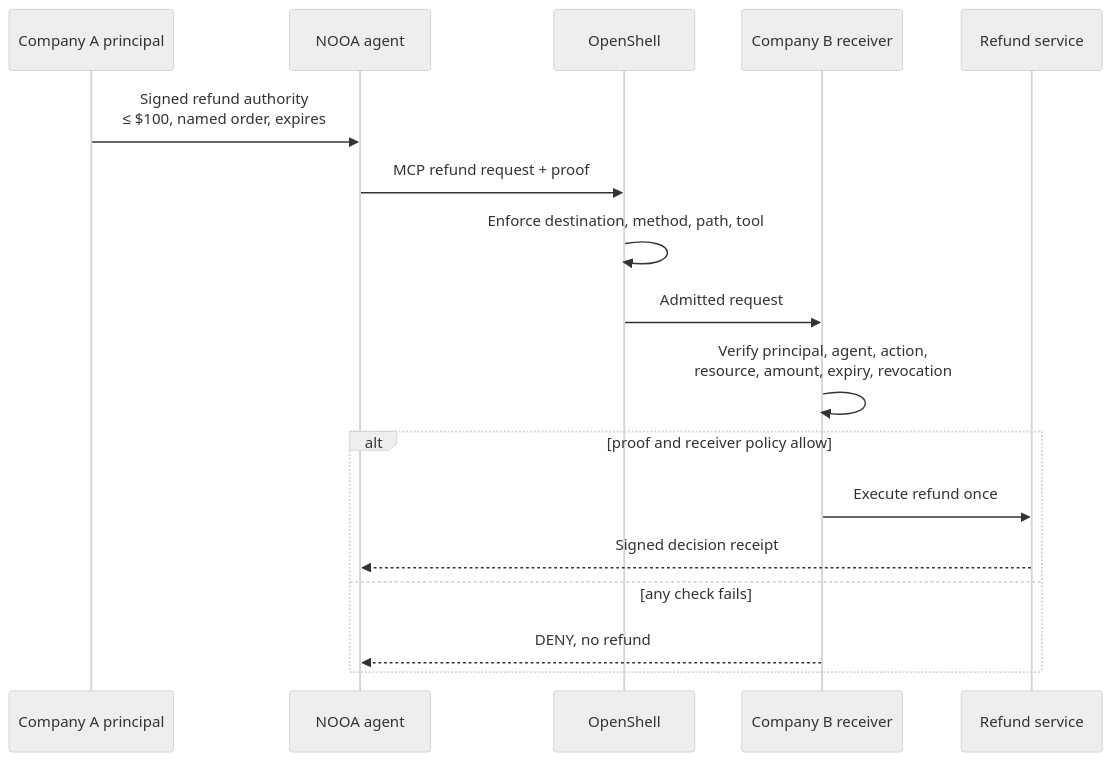
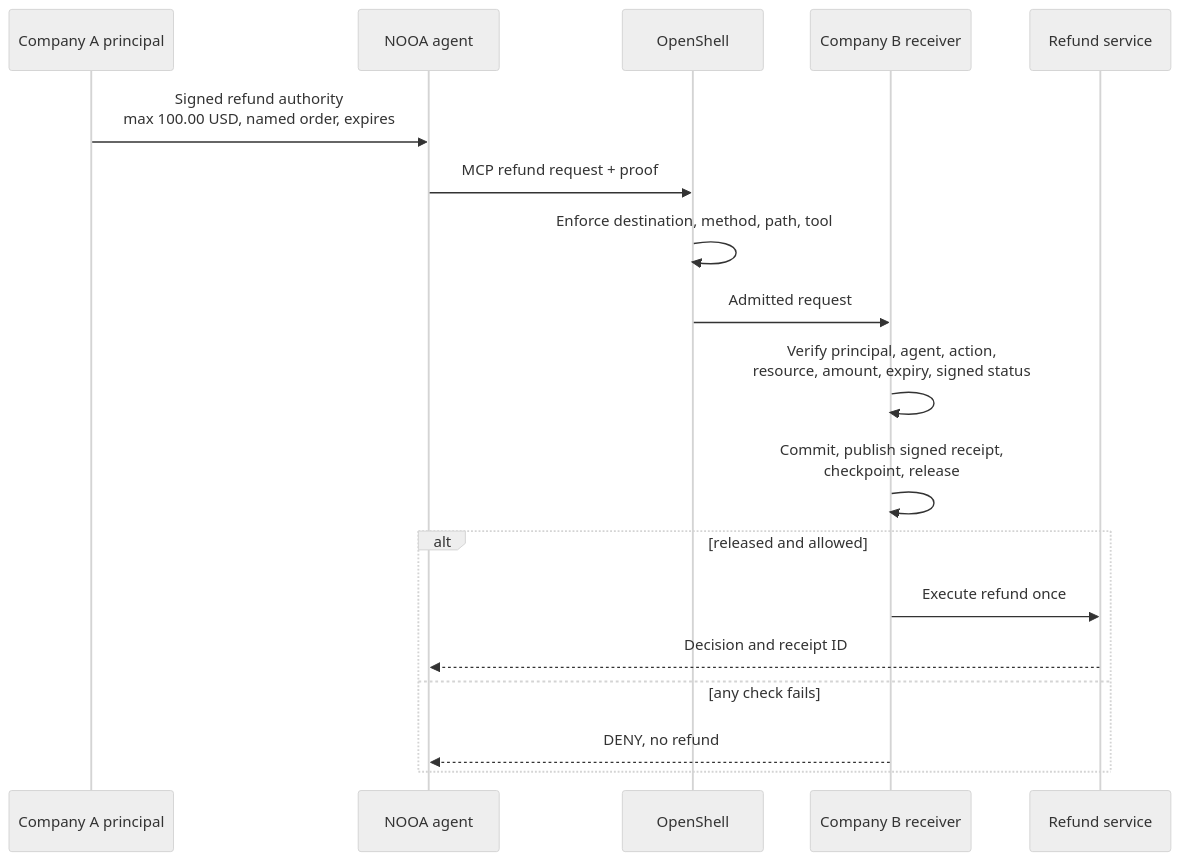
One commit to identities-ai/ratify-protocol changed the diagram in demos/nvidia-nooa-delegated-authority/README.md. Above: the diagram before and after it, drawn with Mermaid (neutral theme). The commit also changed other lines of this file and 876 other files, not shown here.

````diff
--- a/demos/nvidia-nooa-delegated-authority/README.md
+++ b/demos/nvidia-nooa-delegated-authority/README.md
@@ -31,19 +43,20 @@
 ```mermaid
 sequenceDiagram
     participant P as Company A principal
     participant A as NOOA agent
     participant O as OpenShell
     participant R as Company B receiver
     participant T as Refund service
-    P->>A: Signed refund authority<br/>≤ $100, named order, expires
+    P->>A: Signed refund authority<br/>max 100.00 USD, named order, expires
     A->>O: MCP refund request + proof
     O->>O: Enforce destination, method, path, tool
     O->>R: Admitted request
-    R->>R: Verify principal, agent, action,<br/>resource, amount, expiry, revocation
-    alt proof and receiver policy allow
+    R->>R: Verify principal, agent, action,<br/>resource, amount, expiry, signed status
+    R->>R: Commit, publish signed receipt,<br/>checkpoint, release
+    alt released and allowed
         R->>T: Execute refund once
-        T-->>A: Signed decision receipt
+        T-->>A: Decision and receipt ID
     else any check fails
         R-->>A: DENY, no refund
     end
 ```
````
